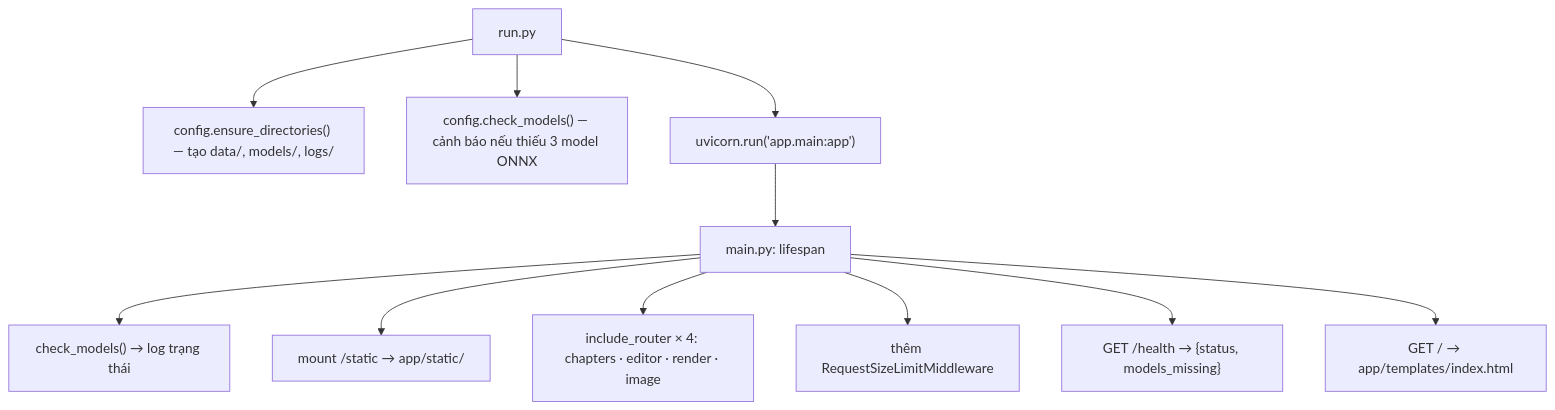
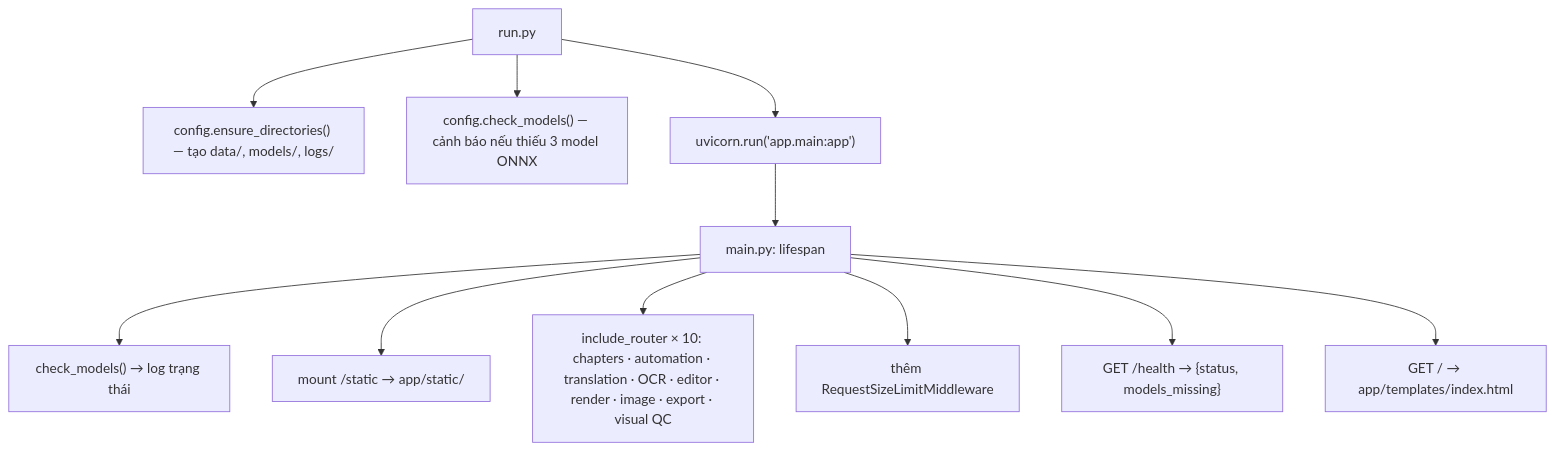
The second of 12 diagrams in docs/ARCHITECTURE.md (tuantran00541-spec/manga-translator), drawn with Mermaid before and after one commit. The commit also changed other lines of this file and 43 other files, not shown here.

````diff
--- a/docs/ARCHITECTURE.md
+++ b/docs/ARCHITECTURE.md
@@ -76,13 +80,13 @@
 ```mermaid
 flowchart TD
     A["run.py"] --> B["config.ensure_directories() — tạo data/, models/, logs/"]
     A --> C["config.check_models() — cảnh báo nếu thiếu 3 model ONNX"]
     A --> D["uvicorn.run('app.main:app')"]
     D --> E["main.py: lifespan"]
     E --> F["check_models() → log trạng thái"]
     E --> G["mount /static → app/static/"]
-    E --> H["include_router × 4: chapters · editor · render · image"]
+    E --> H["include_router × 10: chapters · automation · translation · OCR · editor · render · image · export · visual QC"]
     E --> I["thêm RequestSizeLimitMiddleware"]
     E --> J["GET /health → {status, models_missing}"]
     E --> K["GET / → app/templates/index.html"]
 ```
````
